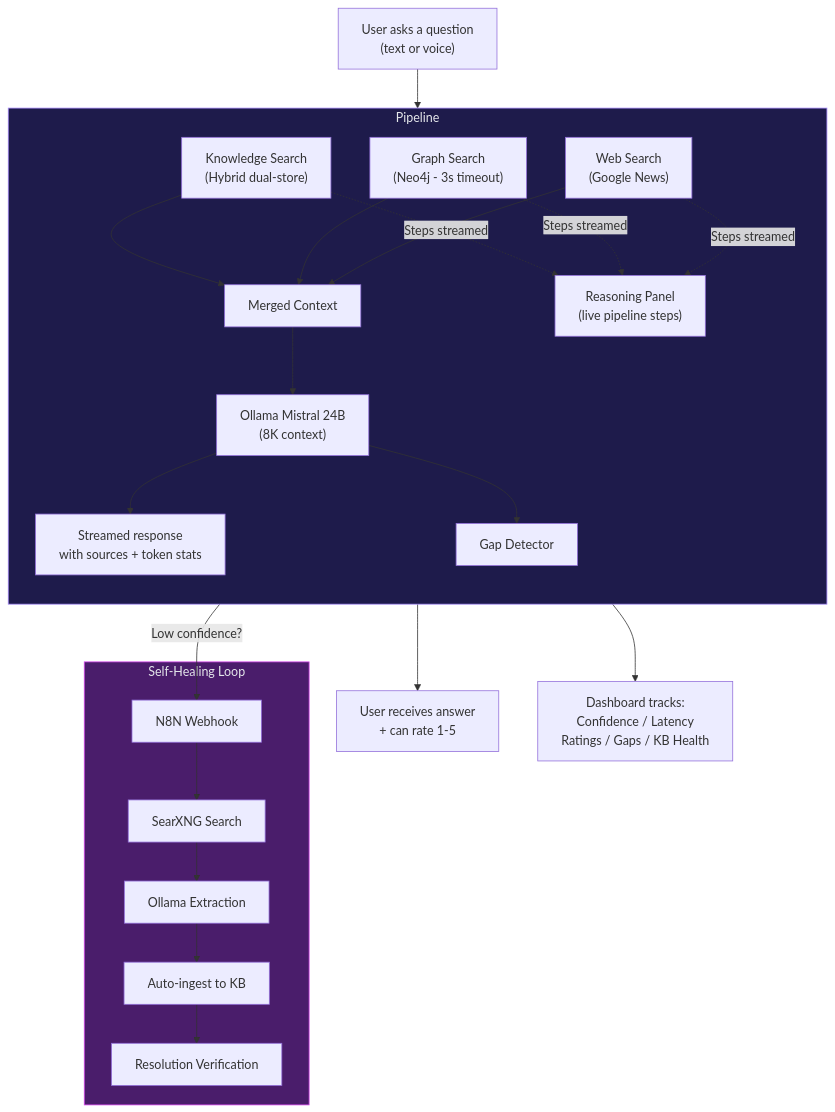
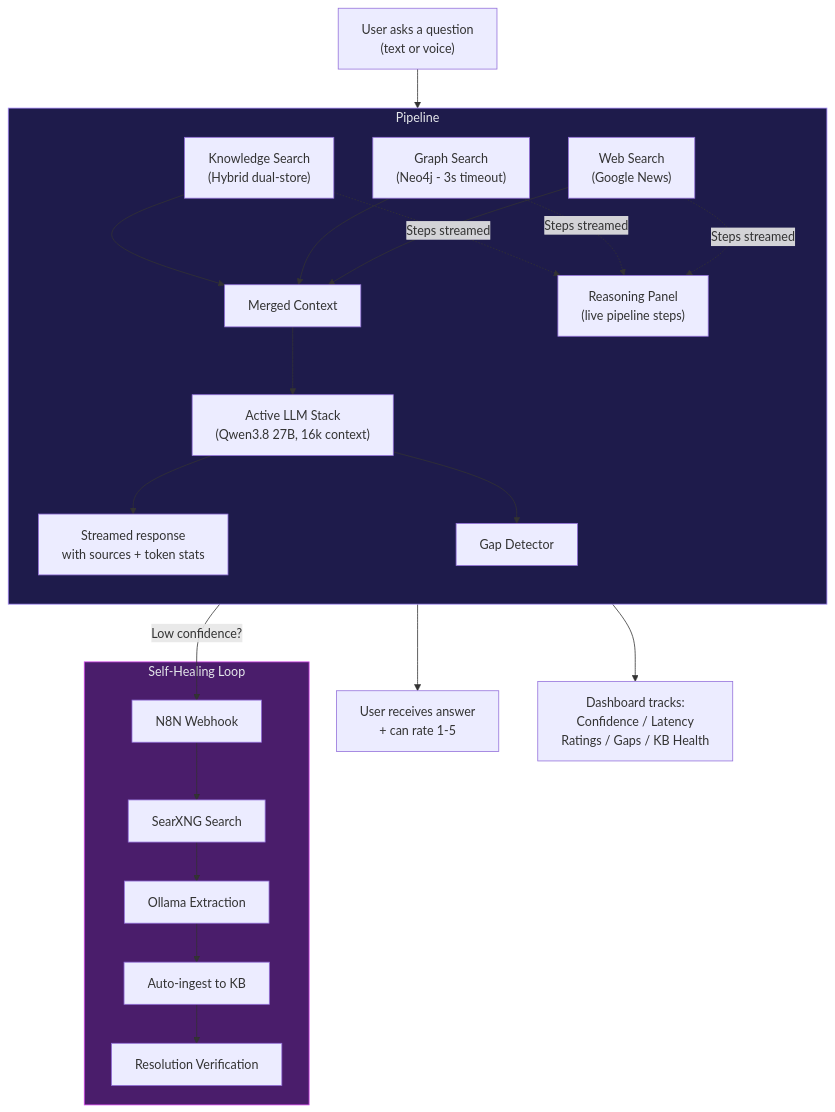
The first of 9 diagrams in README.md (sebdallais-git/PharmaCyberLLM), drawn with Mermaid before and after one commit. The commit also changed other lines of this file, not shown here.

Commit message:
docs: document the Ollama/MLX stack switch and benchmarks

````diff
--- a/README.md
+++ b/README.md
@@ -148,32 +178,32 @@
 ```mermaid
 flowchart TD
     Q["User asks a question\n(text or voice)"] --> P["PharmaCyberLLM Pipeline"]
 
     subgraph P["Pipeline"]
         direction TB
         KS["Knowledge Search\n(Hybrid dual-store)"] --> MC["Merged Context"]
         GS["Graph Search\n(Neo4j - 3s timeout)"] --> MC
         WS["Web Search\n(Google News)"] --> MC
         KS -.->|Steps streamed| REASON["Reasoning Panel\n(live pipeline steps)"]
         GS -.->|Steps streamed| REASON
         WS -.->|Steps streamed| REASON
-        MC --> LLM["Ollama Mistral 24B\n(8K context)"]
+        MC --> LLM["Active LLM Stack\n(Qwen3.8 27B, 16k context)"]
         LLM --> RESP["Streamed response\nwith sources + token stats"]
         LLM --> GD["Gap Detector"]
     end
 
     GD -->|Low confidence?| N8N["N8N Webhook"]
 
     subgraph HEAL["Self-Healing Loop"]
         N8N --> SEARX["SearXNG Search"]
         SEARX --> EXTRACT["Ollama Extraction"]
         EXTRACT --> INGEST["Auto-ingest to KB"]
         INGEST --> VERIFY["Resolution Verification"]
     end
 
     RESP --> USER["User receives answer\n+ can rate 1-5"]
     RESP --> DASH["Dashboard tracks:\nConfidence / Latency\nRatings / Gaps / KB Health"]
 
     style P fill:#1e1b4b,stroke:#a78bfa,color:#e5e7eb
     style HEAL fill:#4a1d6b,stroke:#d946ef,color:#e5e7eb
 ```
````
